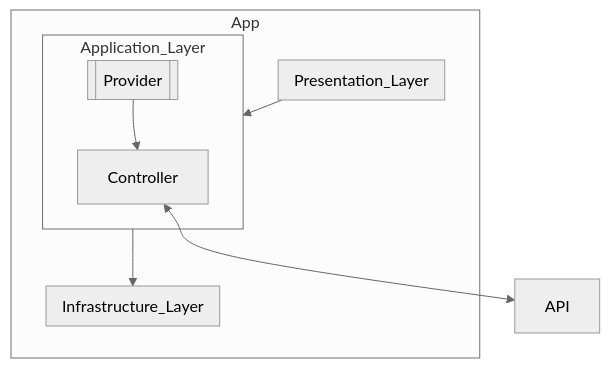
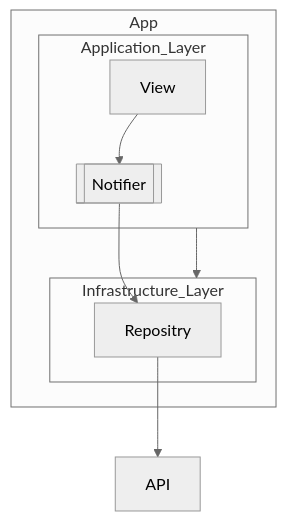
The diagram in ARCHITECTURE.md (yumemi-ymorii/flutter-training), drawn with Mermaid (neutral theme) before and after one commit.

Commit message:
アーキテクチャ図を作成

````diff
--- a/ARCHITECTURE.md
+++ b/ARCHITECTURE.md
@@ -2,23 +2,21 @@
 ```mermaid
 graph TD
     subgraph App
-        subgraph Presentation_Layer
-        end
-
         subgraph Application_Layer
-            Controller
-            Provider[["Provider"]]
+            View
+            Notifier[["Notifier"]]
         end
 
         subgraph Infrastructure_Layer
+            Repositry
         end
+
 
     end
 
     API
-
-    Presentation_Layer --> Application_Layer
     Application_Layer --> Infrastructure_Layer
-    Controller <--> API
-    Provider --> Controller
+    View --> Notifier
+    Notifier --> Repositry
+    Repositry --> API
 ```
````
